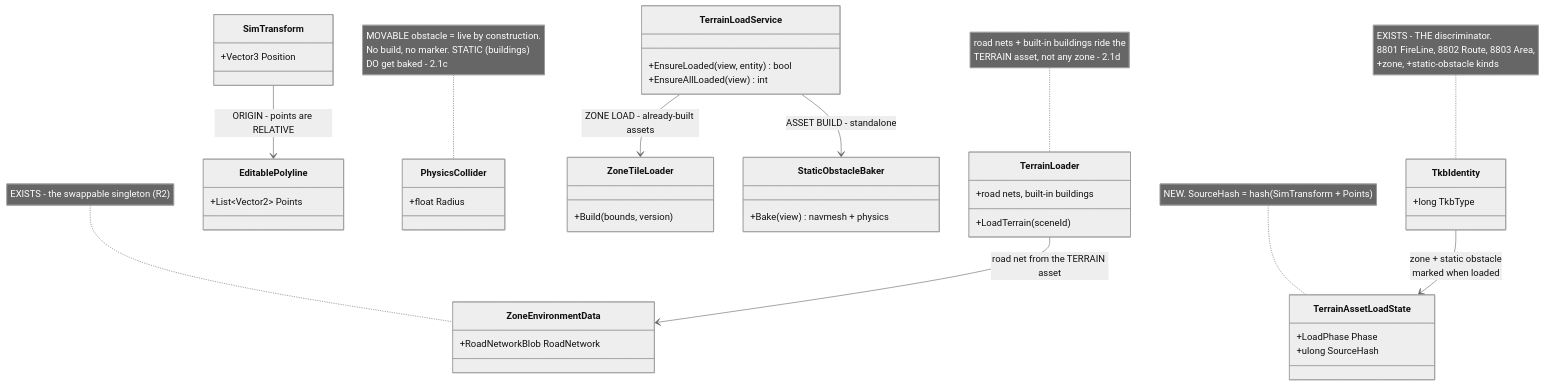
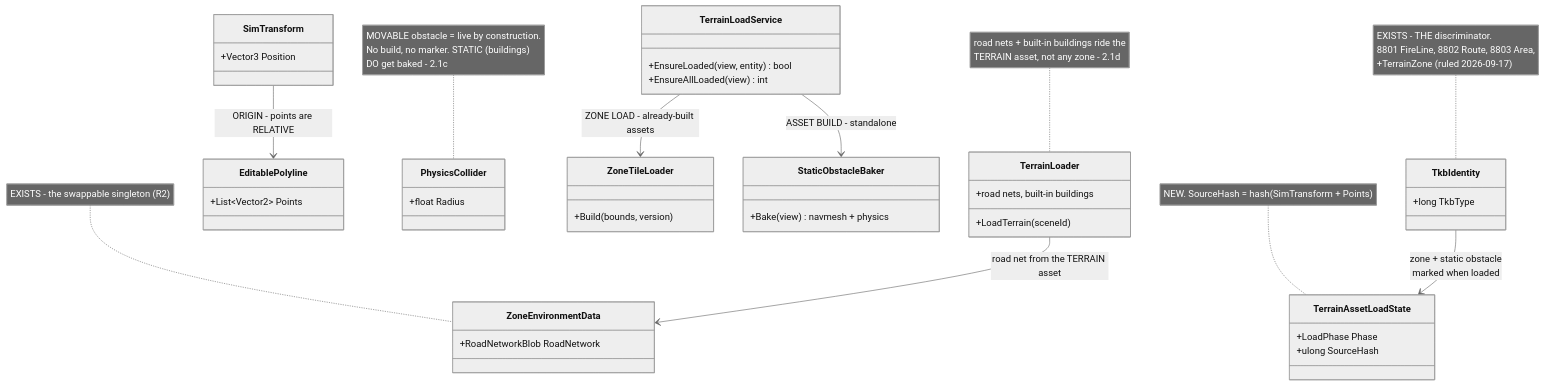
One commit to pjanec/HROT changed the first of 4 diagrams in docs/DESIGN_Terrain_Zones_And_Assets.md. Above: the diagram before and after it, drawn with Mermaid (neutral theme). The commit also changed other lines of this file and 1 other file, not shown here.

First line of the commit message:
docs: terrain handling — where it lives, when it loads, and the who trap

````diff
--- a/docs/DESIGN_Terrain_Zones_And_Assets.md
+++ b/docs/DESIGN_Terrain_Zones_And_Assets.md
@@ -61,46 +61,46 @@
 ```mermaid
 classDiagram
   class TkbIdentity {
     +long TkbType
   }
   class SimTransform {
     +Vector3 Position
   }
   class EditablePolyline {
     +List~Vector2~ Points
   }
   class TerrainAssetLoadState {
     +LoadPhase Phase
     +ulong SourceHash
   }
   class PhysicsCollider {
     +float Radius
   }
   class TerrainLoadService {
     +EnsureLoaded(view, entity) bool
     +EnsureAllLoaded(view) int
   }
   class ZoneTileLoader {
     +Build(bounds, version)
   }
   class StaticObstacleBaker {
     +Bake(view) navmesh + physics
   }
   class TerrainLoader {
     +LoadTerrain(sceneId)
     +road nets, built-in buildings
   }
   class ZoneEnvironmentData {
     +RoadNetworkBlob RoadNetwork
   }
   TkbIdentity --> TerrainAssetLoadState : zone + static obstacle<br/>marked when loaded
   SimTransform --> EditablePolyline : ORIGIN - points are RELATIVE
   TerrainLoadService --> ZoneTileLoader : ZONE LOAD - already-built assets
   TerrainLoadService --> StaticObstacleBaker : ASSET BUILD - standalone
   TerrainLoader --> ZoneEnvironmentData : road net from the TERRAIN asset
   note for PhysicsCollider "MOVABLE obstacle = live by construction.<br/>No build, no marker. STATIC (buildings)<br/>DO get baked - 2.1c"
   note for TerrainLoader "road nets + built-in buildings ride the<br/>TERRAIN asset, not any zone - 2.1d"
-  note for TkbIdentity "EXISTS - THE discriminator.<br/>8801 FireLine, 8802 Route, 8803 Area,<br/>+zone, +static-obstacle kinds"
+  note for TkbIdentity "EXISTS - THE discriminator.<br/>8801 FireLine, 8802 Route, 8803 Area,<br/>+TerrainZone (ruled 2026-09-17)"
   note for TerrainAssetLoadState "NEW. SourceHash = hash(SimTransform + Points)"
   note for ZoneEnvironmentData "EXISTS - the swappable singleton (R2)"
 ```
````
